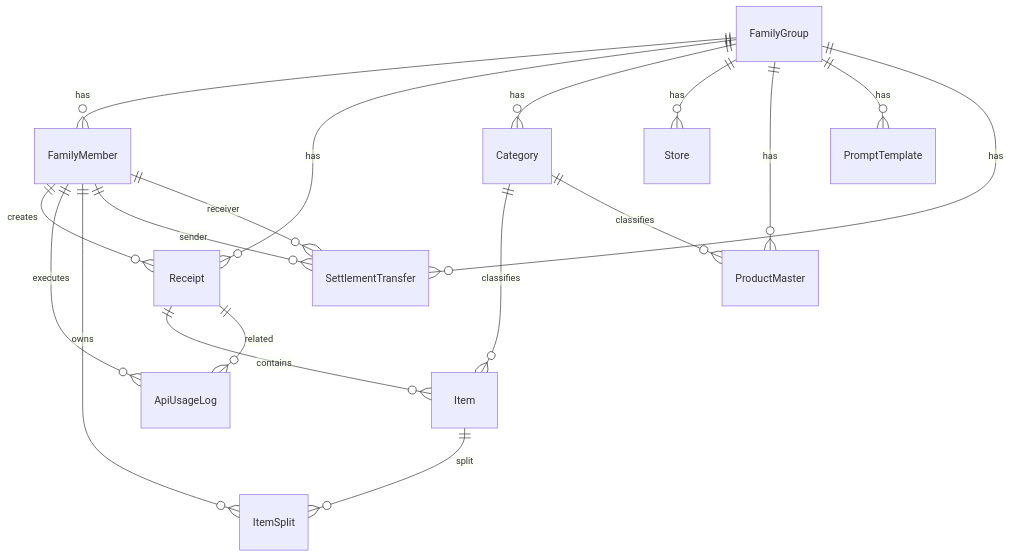
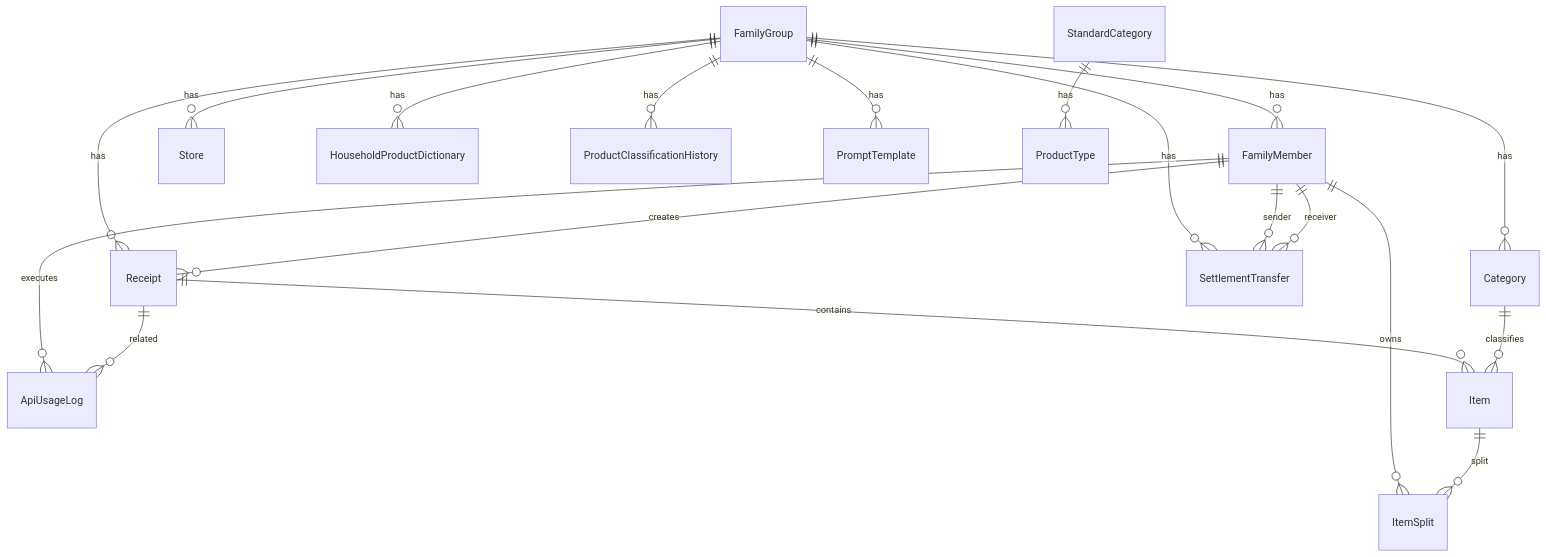
One commit to yama180sx/receipt-ai-app changed the diagram in docs/design/database-schema.md. Above: the diagram before and after it, drawn with Mermaid. The commit also changed other lines of this file and 13 other files, not shown here.

````diff
--- a/docs/design/database-schema.md
+++ b/docs/design/database-schema.md
@@ -320,25 +324,26 @@
 ```mermaid
 erDiagram
     FamilyGroup ||--o{ FamilyMember : has
     FamilyGroup ||--o{ Receipt : has
     FamilyGroup ||--o{ Category : has
     FamilyGroup ||--o{ Store : has
-    FamilyGroup ||--o{ ProductMaster : has
+    FamilyGroup ||--o{ HouseholdProductDictionary : has
+    FamilyGroup ||--o{ ProductClassificationHistory : has
     FamilyGroup ||--o{ PromptTemplate : has
     FamilyGroup ||--o{ SettlementTransfer : has
 
     FamilyMember ||--o{ Receipt : creates
     FamilyMember ||--o{ ApiUsageLog : executes
     FamilyMember ||--o{ ItemSplit : owns
 
     Receipt ||--o{ Item : contains
     Receipt ||--o{ ApiUsageLog : related
 
     Category ||--o{ Item : classifies
-    Category ||--o{ ProductMaster : classifies
+    StandardCategory ||--o{ ProductType : has
 
     Item ||--o{ ItemSplit : split
 
     FamilyMember ||--o{ SettlementTransfer : sender
     FamilyMember ||--o{ SettlementTransfer : receiver
 ```
````
